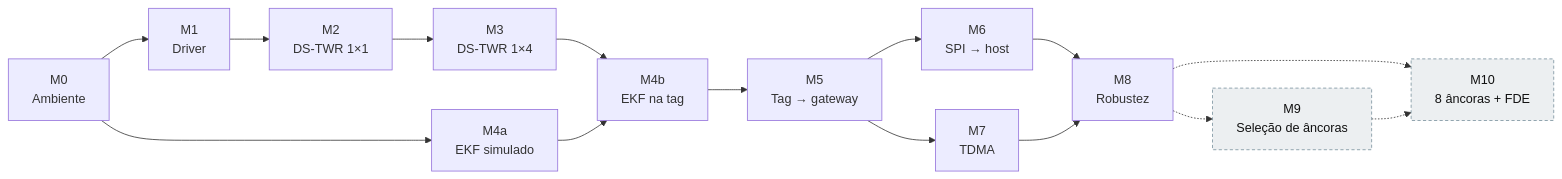
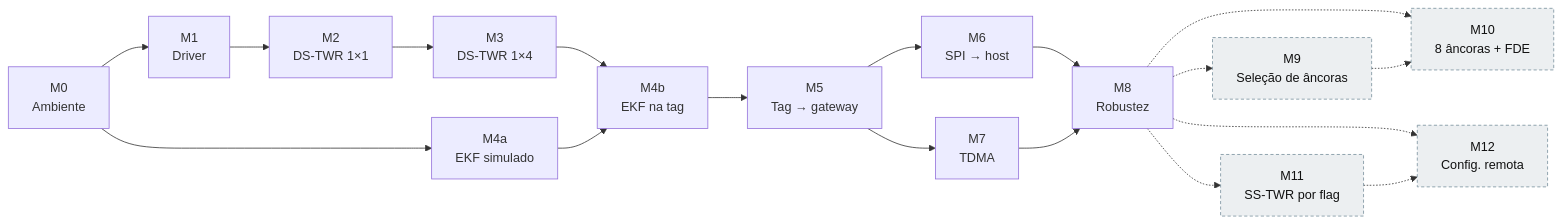
Before and after one commit to MauroTony/dwm1001-rtls-fw: the first of 2 diagrams in docs/08-etapas-e-testes.md, drawn with Mermaid. The commit also changed other lines of this file and 5 other files, not shown here.

````diff
--- a/docs/08-etapas-e-testes.md
+++ b/docs/08-etapas-e-testes.md
@@ -18,16 +18,19 @@
 ```mermaid
 flowchart LR
     M0["M0<br/>Ambiente"] --> M1["M1<br/>Driver"] --> M2["M2<br/>DS-TWR 1×1"] --> M3["M3<br/>DS-TWR 1×4"]
     M0 --> M4a["M4a<br/>EKF simulado"]
     M3 --> M4b["M4b<br/>EKF na tag"]
     M4a --> M4b
     M4b --> M5["M5<br/>Tag → gateway"]
     M5 --> M6["M6<br/>SPI → host"]
     M5 --> M7["M7<br/>TDMA"]
     M6 --> M8["M8<br/>Robustez"]
     M7 --> M8
     M8 -.-> M9["M9<br/>Seleção de âncoras"]:::opt
     M8 -.-> M10["M10<br/>8 âncoras + FDE"]:::opt
     M9 -.-> M10
+    M8 -.-> M11["M11<br/>SS-TWR por flag"]:::opt
+    M8 -.-> M12["M12<br/>Config. remota"]:::opt
+    M11 -.-> M12
     classDef opt fill:#eceff1,stroke:#78909c,color:#111,stroke-dasharray:4 3
 ```
````
